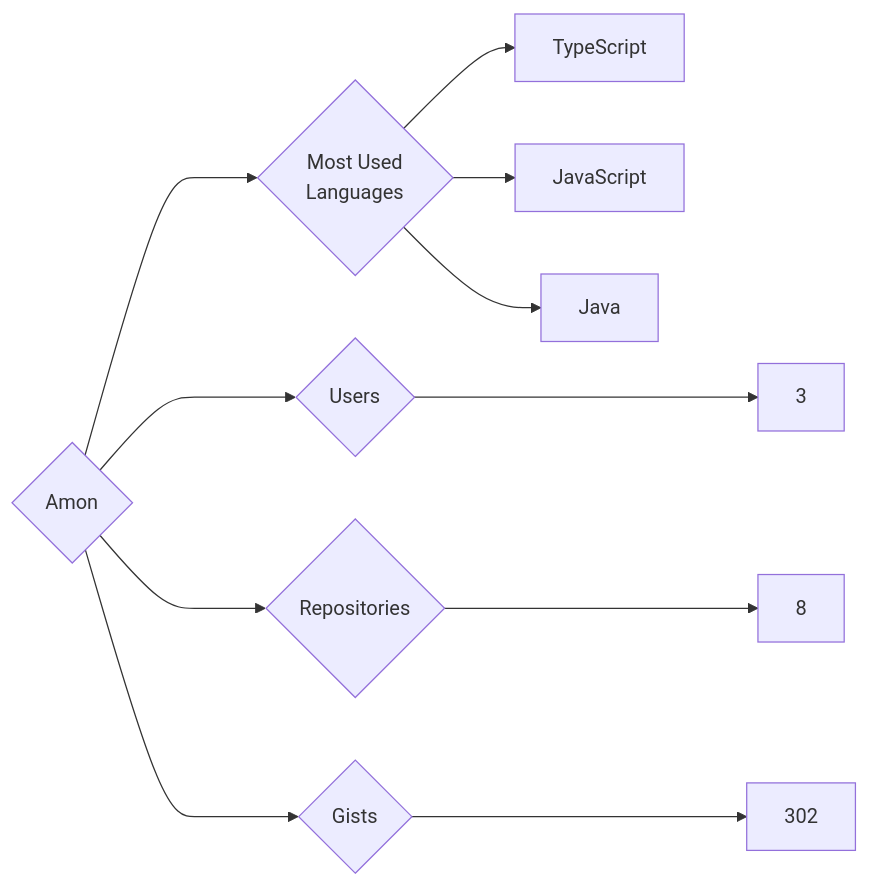
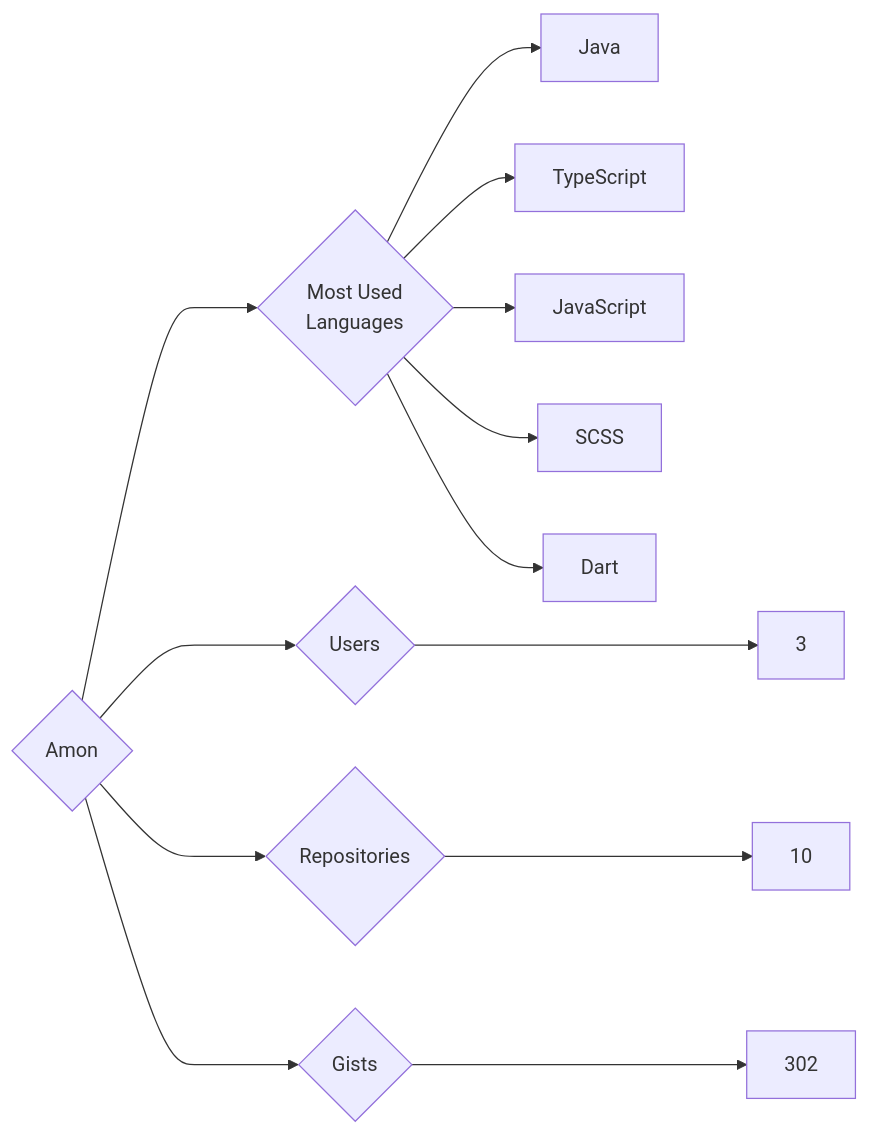
The diagram in targets/Amon/README.md (trickest/insiders), drawn with Mermaid before and after one commit. The commit also changed 1007 other files, not shown here.

````diff
--- a/targets/Amon/README.md
+++ b/targets/Amon/README.md
@@ -3,11 +3,13 @@
 ```mermaid
 graph LR
 COMPANY_NAME{Amon}
 COMPANY_NAME ---> U{Users} ---> UN[3]
-COMPANY_NAME ---> R{Repositories} ---> RN[8]
+COMPANY_NAME ---> R{Repositories} ---> RN[10]
 COMPANY_NAME ---> G{Gists} ---> GN[302]
 COMPANY_NAME ---> ML{Most Used<br>Languages}
+ML --> Java[Java]
 ML --> TypeScript[TypeScript]
 ML --> JavaScript[JavaScript]
-ML --> Java[Java]
+ML --> SCSS[SCSS]
+ML --> Dart[Dart]
 ```
````
